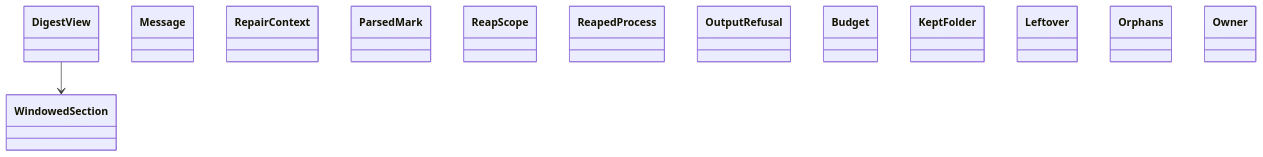
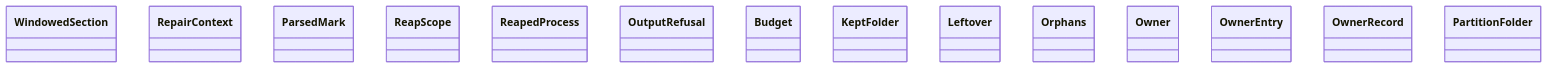
The diagram in docs/architecture/generated/classes-process-domain-machine-3.md (GonzaloZevallos/agentic-system), drawn with Mermaid before and after one commit. The commit also changed other lines of this file and 6 other files, not shown here.

Commit message:
Regenerate the architecture docs for the terminal memo module

````diff
--- a/docs/architecture/generated/classes-process-domain-machine-3.md
+++ b/docs/architecture/generated/classes-process-domain-machine-3.md
@@ -34,17 +34,17 @@
 ```mermaid
 classDiagram
-    class notify_message__DigestView["DigestView"]
-    class notify_message__Message["Message"]
     class notify_message__WindowedSection["WindowedSection"]
     class output_repair__RepairContext["RepairContext"]
     class reaping__ParsedMark["ParsedMark"]
     class reaping__ReapScope["ReapScope"]
     class reaping__ReapedProcess["ReapedProcess"]
     class refusal__OutputRefusal["OutputRefusal"]
     class retakes__Budget["Budget"]
     class scratch__KeptFolder["KeptFolder"]
     class scratch__Leftover["Leftover"]
     class scratch__Orphans["Orphans"]
     class scratch__Owner["Owner"]
-    notify_message__DigestView --> notify_message__WindowedSection
+    class scratch__OwnerEntry["OwnerEntry"]
+    class scratch__OwnerRecord["OwnerRecord"]
+    class scratch__PartitionFolder["PartitionFolder"]
 ```
````
